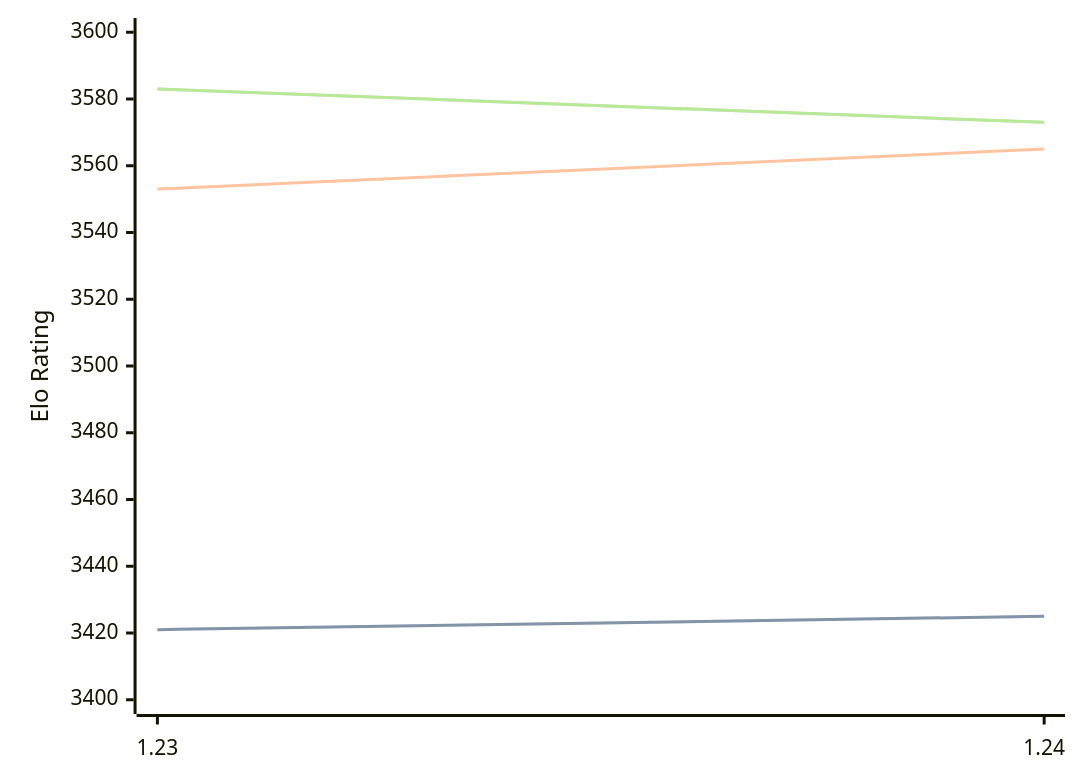
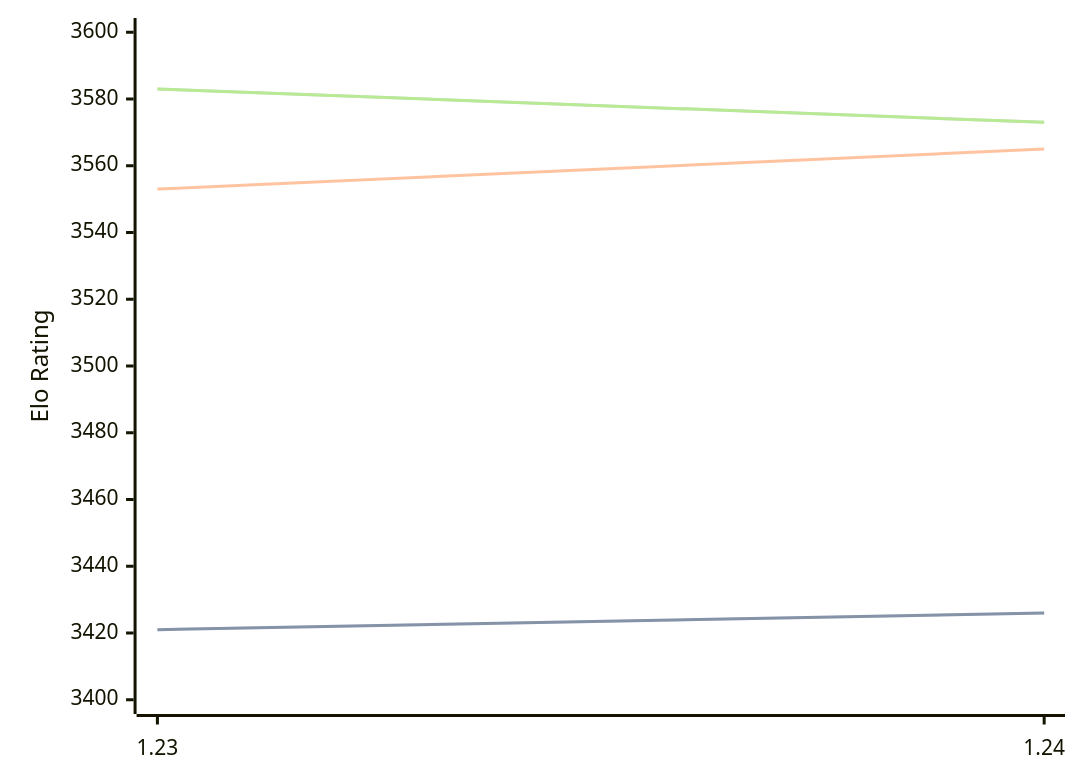
Before and after one commit to computer-chess-index/cci: the diagram in engines/Caissa.md, drawn with Mermaid. The commit also changed other lines of this file, not shown here.

Commit message:
Update CCI Ratings (ELO VLTC) - 2026-02-13

````diff
--- a/engines/Caissa.md
+++ b/engines/Caissa.md
@@ -61,11 +61,11 @@
 ```mermaid
 %%{init: {"theme":"base","themeVariables":{"seriesColors:['#a3a3a3','#222221','#faa371']}}}%%
 xychart-beta
   x-axis ["1.23", "1.24"]
   y-axis "Elo Rating" 3400 --> 3600
-  line "STC (8.0+0.08s)" [3421, 3425]
-  line "STC (8.0+0.08s)" [3421, 3425]
+  line "STC (8.0+0.08s)" [3421, 3426]
+  line "STC (8.0+0.08s)" [3421, 3426]
   line "LTC (60.0+0.60s)" [3553, 3565]
   line "VLTC (2m24s+1.12s)" [3583, 3573]
   line "VLTC (2m24s+1.12s)" [3583, 3573]
 ```
````
